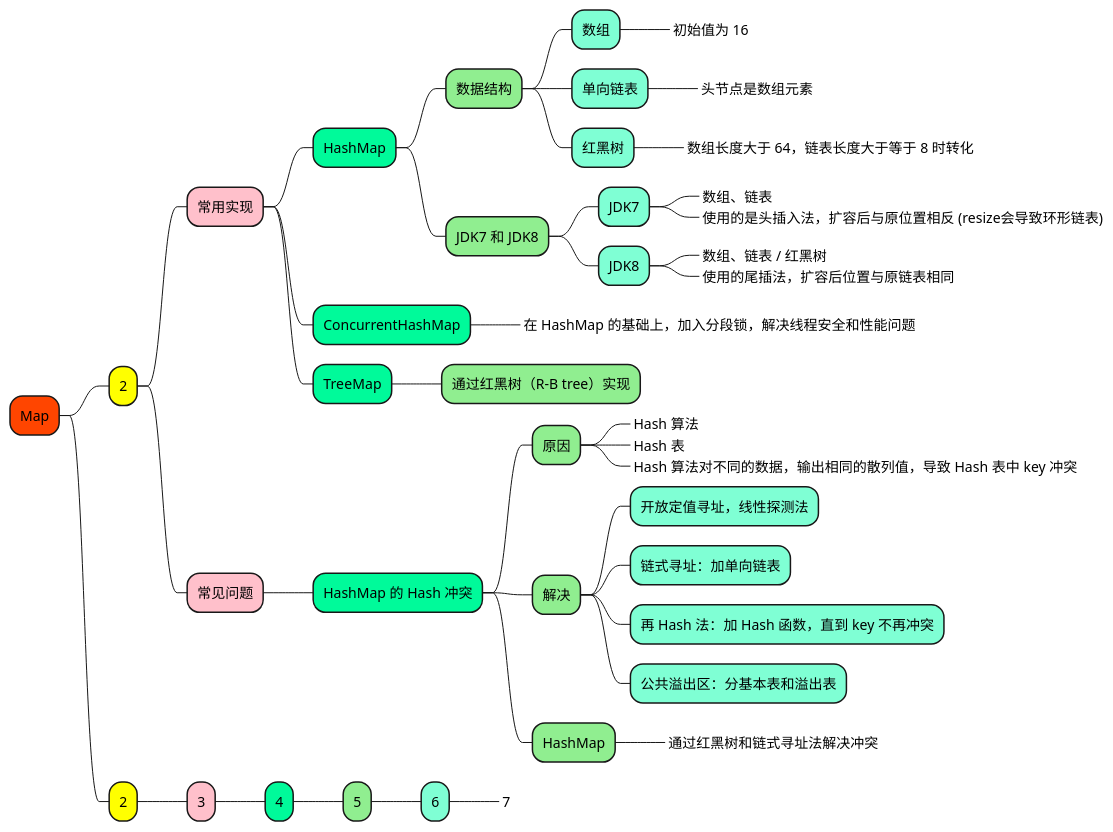
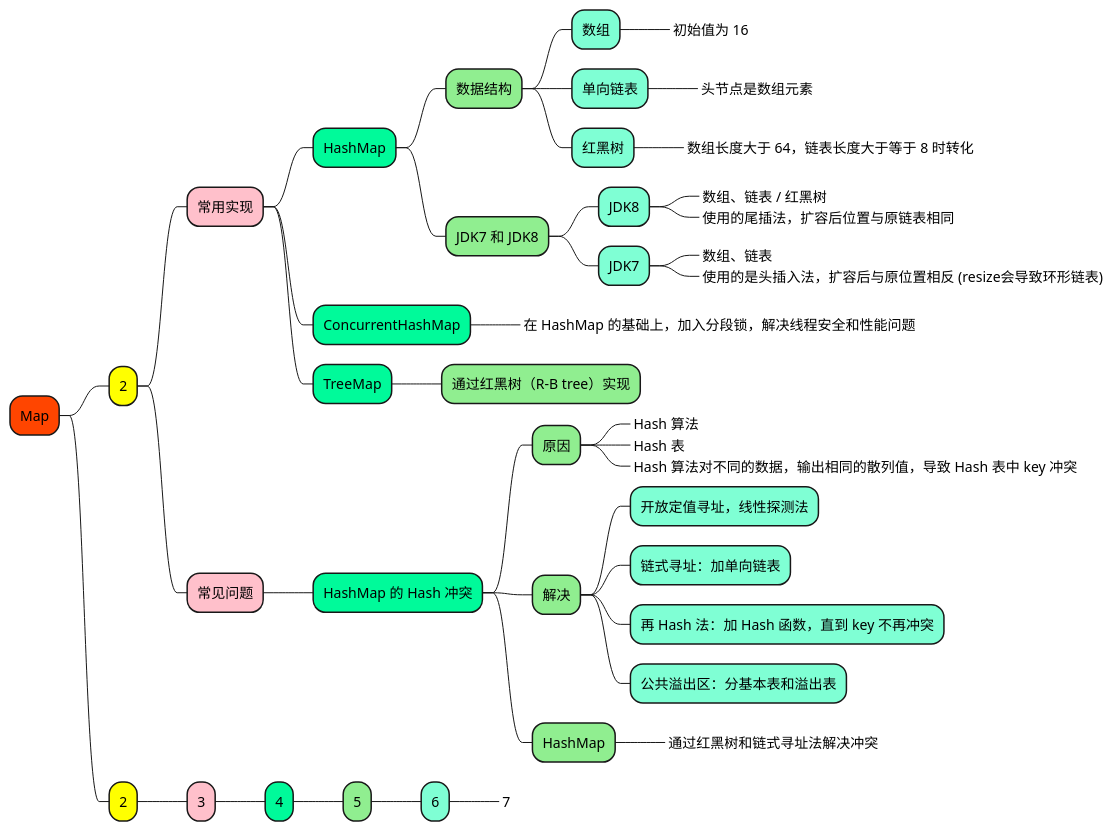
The diagram in 1_map/1-java/Java-map.puml (doveg/self-cultivation-of-a-software-engineer), drawn with PlantUML before and after one commit. The commit also changed other lines of this file and 6 other files, not shown here.

```diff
--- a/1_map/1-java/Java-map.puml
+++ b/1_map/1-java/Java-map.puml
@@ -1,65 +1,65 @@
 @startmindmap
 
 +[#OrangeRed] Map
 
 ++[#yellow] 2
 
 +++[#Pink] 常用实现
 
 ++++[#MediumSpringGreen] HashMap
 
 +++++[#LightGreen] 数据结构
 ++++++[#Aquamarine] 数组
 +++++++[#Aquamarine]_ 初始值为 16
 ++++++[#Aquamarine] 单向链表
 +++++++[#Aquamarine]_ 头节点是数组元素
 ++++++[#Aquamarine] 红黑树
 +++++++[#Aquamarine]_ 数组长度大于 64，链表长度大于等于 8 时转化
 
 +++++[#LightGreen] JDK7 和 JDK8
+++++++[#Aquamarine] JDK8
++++++++[#Aquamarine]_ 数组、链表 / 红黑树
++++++++[#Aquamarine]_ 使用的尾插法，扩容后位置与原链表相同
 ++++++[#Aquamarine] JDK7
 +++++++[#Aquamarine]_ 数组、链表
 +++++++[#Aquamarine]_ 使用的是头插入法，扩容后与原位置相反 (resize会导致环形链表)
-++++++[#Aquamarine] JDK8
-+++++++[#Aquamarine]_ 数组、链表 / 红黑树
-+++++++[#Aquamarine]_ 使用的尾插法，扩容后位置与原链表相同
 
 
 ++++[#MediumSpringGreen] ConcurrentHashMap
 +++++[#MediumSpringGreen]_ 在 HashMap 的基础上，加入分段锁，解决线程安全和性能问题
 
 ++++[#MediumSpringGreen] TreeMap
 +++++[#LightGreen] 通过红黑树（R-B tree）实现
 
 
 +++[#Pink] 常见问题
 
 ++++[#MediumSpringGreen] HashMap 的 Hash 冲突
 
 +++++[#LightGreen] 原因
 ++++++[#Aquamarine]_ Hash 算法
 ++++++[#Aquamarine]_ Hash 表
 ++++++[#Aquamarine]_ Hash 算法对不同的数据，输出相同的散列值，导致 Hash 表中 key 冲突
 
 +++++[#LightGreen] 解决
 ++++++[#Aquamarine] 开放定值寻址，线性探测法
 ++++++[#Aquamarine] 链式寻址：加单向链表
 ++++++[#Aquamarine] 再 Hash 法：加 Hash 函数，直到 key 不再冲突
 ++++++[#Aquamarine] 公共溢出区：分基本表和溢出表
 
 +++++[#LightGreen] HashMap
 ++++++[#Aquamarine]_ 通过红黑树和链式寻址法解决冲突
 
 
 
 ++[#yellow] 2
 
 +++[#Pink] 3
 
 ++++[#MediumSpringGreen] 4
 +++++[#LightGreen] 5
 ++++++[#Aquamarine] 6
 +++++++[#Aquamarine]_ 7
 
 
 @endmindmap
```
